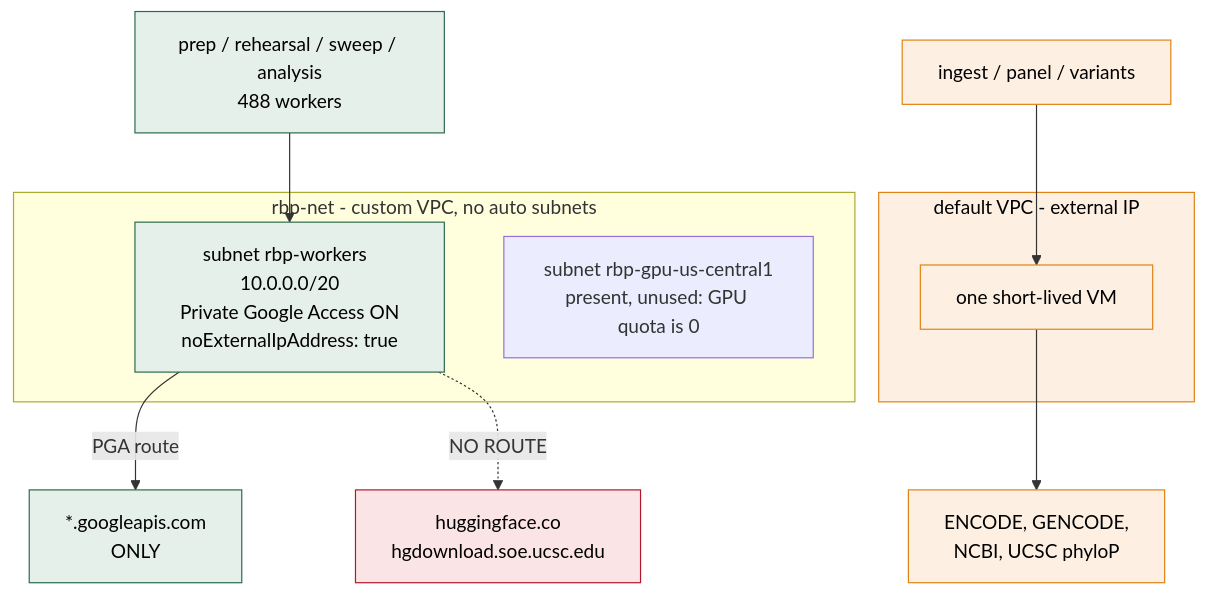
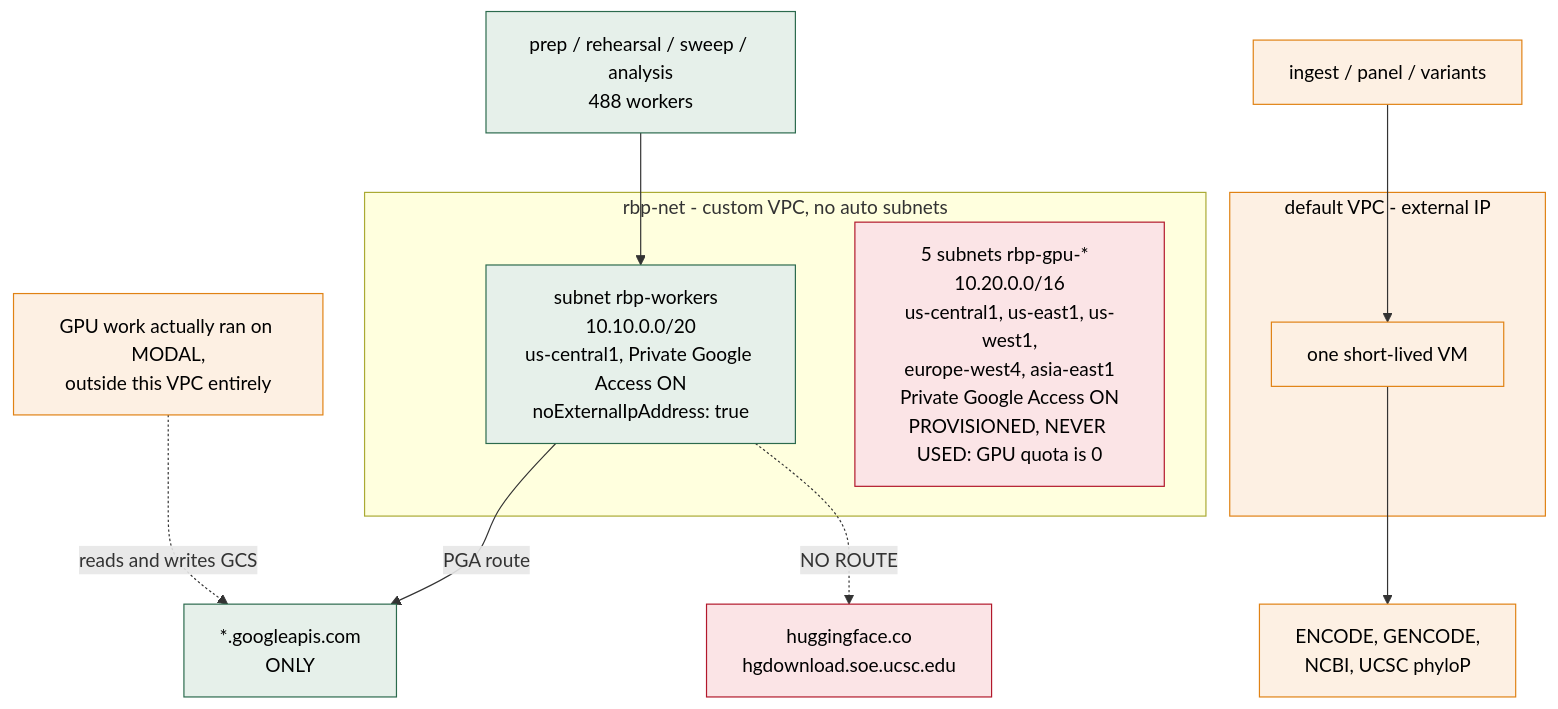
The sixth of 8 diagrams in docs/architecture.md (NirmalKumar31/rbp-protocol-calibration), drawn with Mermaid before and after one commit. The commit also changed 4 other files, not shown here.

````diff
--- a/docs/architecture.md
+++ b/docs/architecture.md
@@ -314,25 +314,29 @@
 ```mermaid
 flowchart TD
     subgraph NET["rbp-net - custom VPC, no auto subnets"]
-        SUB["subnet rbp-workers  10.0.0.0/20<br/>Private Google Access ON<br/>noExternalIpAddress: true"]
-        GPUSUB["subnet rbp-gpu-us-central1<br/>present, unused: GPU quota is 0"]
+        SUB["subnet rbp-workers  10.10.0.0/20<br/>us-central1, Private Google Access ON<br/>noExternalIpAddress: true"]
+        GPUSUB["5 subnets rbp-gpu-*  10.20.0.0/16<br/>us-central1, us-east1, us-west1,<br/>europe-west4, asia-east1<br/>Private Google Access ON<br/>PROVISIONED, NEVER USED: GPU quota is 0"]
     end
 
     subgraph DEF["default VPC - external IP"]
         EXT["one short-lived VM"]
     end
 
     W["prep / rehearsal / sweep / analysis<br/>488 workers"] --> SUB
     SUB -->|"PGA route"| GAPI["*.googleapis.com<br/>ONLY"]
     SUB -.->|"NO ROUTE"| WEB["huggingface.co<br/>hgdownload.soe.ucsc.edu"]
 
     E["ingest / panel / variants"] --> EXT
     EXT --> ENCODE["ENCODE, GENCODE,<br/>NCBI, UCSC phyloP"]
 
+    MODAL["GPU work actually ran on MODAL,<br/>outside this VPC entirely"] -.->|"reads and writes GCS"| GAPI
+
     classDef sealed fill:#e6f0ea,stroke:#2b6a4d,color:#000
     classDef open fill:#fdf0e3,stroke:#e08214,color:#000
     classDef blocked fill:#fbe4e6,stroke:#b2182b,color:#000
     class SUB,W,GAPI sealed
     class DEF,EXT,E,ENCODE open
     class WEB blocked
+    class GPUSUB blocked
+    class MODAL open
 ```
````
